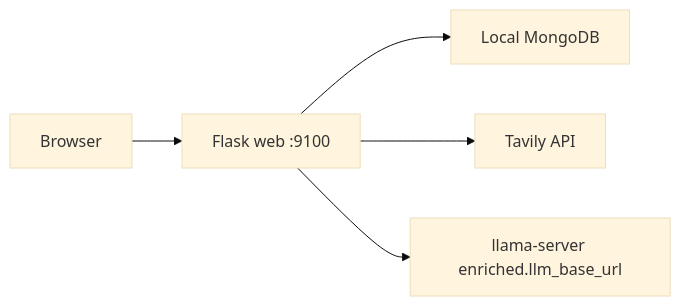
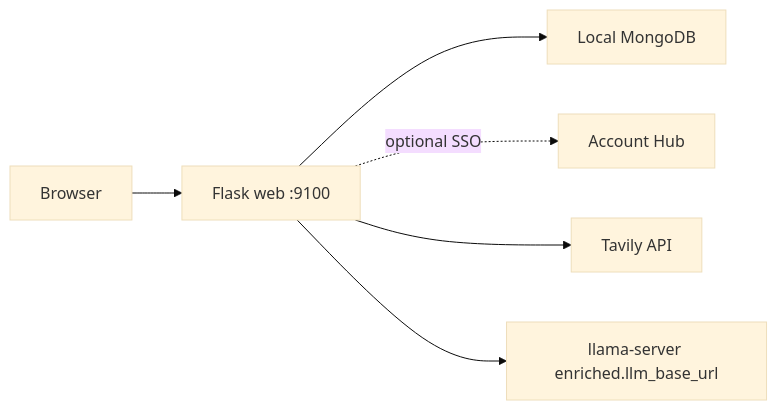
Before and after one commit to Benchan691/VulnBrief: the diagram in README.md, drawn with Mermaid (base theme). The commit also changed other lines of this file and 25 other files, not shown here.

First line of the commit message:
Implement Account Hub OAuth integration and user management features

````diff
--- a/README.md
+++ b/README.md
@@ -14,7 +15,8 @@
 ```mermaid
 flowchart LR
   Browser --> Web["Flask web :9100"]
   Web --> LocalMongo["Local MongoDB"]
+  Web -. optional SSO .-> Hub["Account Hub"]
   Web --> Search["Tavily API"]
   Web --> Llama["llama-server enriched.llm_base_url"]
 ```
````
